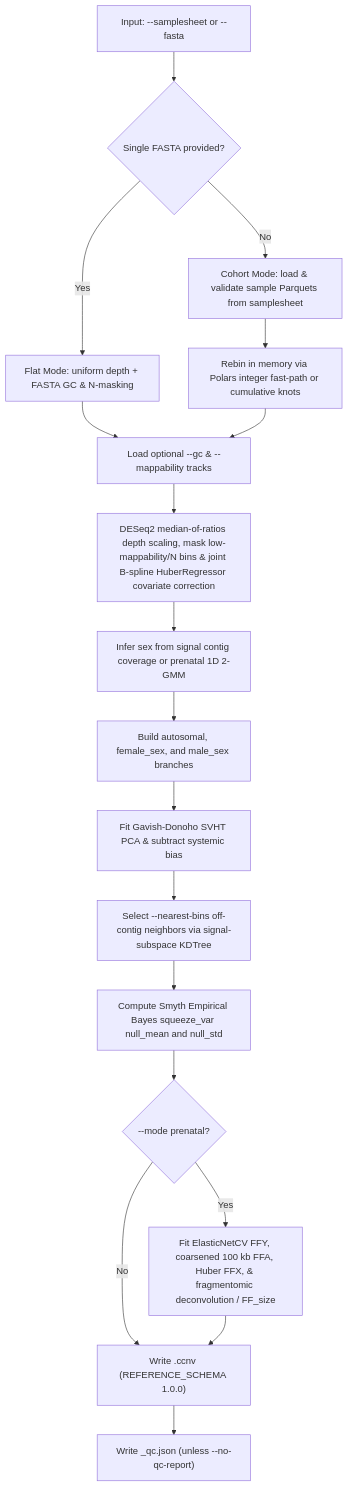
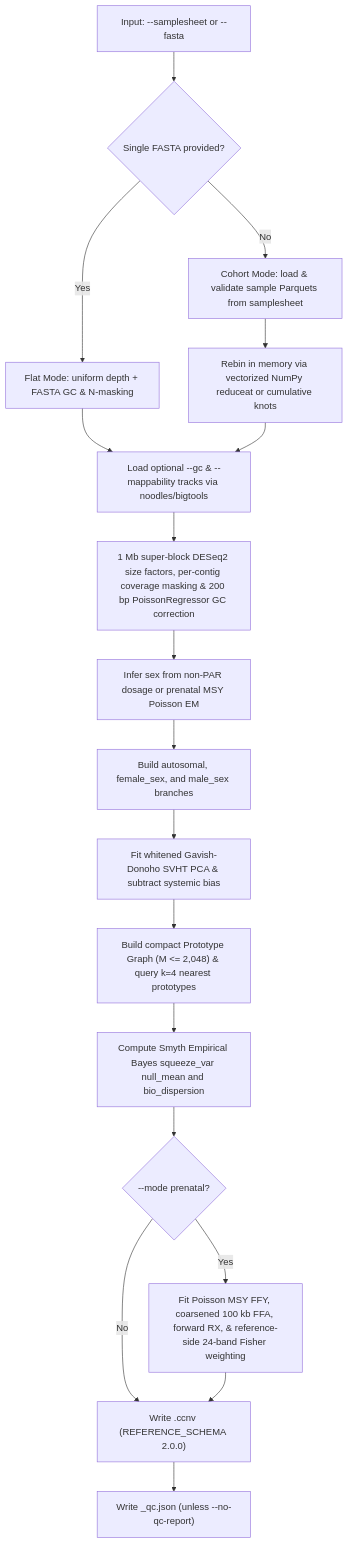
The third of 4 diagrams in docs/pipeline.md (matthdsm/ccnv), drawn with Mermaid before and after one commit. The commit also changed other lines of this file and 123 other files, not shown here.

First line of the commit message:
feat: upgrade ccnv to Schema v2.0.0 with Rust I/O core and redesigned statistical/prenatal pipeline (#24)

````diff
--- a/docs/pipeline.md
+++ b/docs/pipeline.md
@@ -56,20 +57,20 @@
 ```mermaid
 flowchart TD
     InputArg["Input: --samplesheet or --fasta"] --> ModeDecision{"Single FASTA provided?"}
     ModeDecision -- Yes --> FlatMode["Flat Mode: uniform depth + FASTA GC & N-masking"]
     ModeDecision -- No --> CohortMode["Cohort Mode: load & validate sample Parquets from samplesheet"]
-    CohortMode --> RebinCheck["Rebin in memory via Polars integer fast-path or cumulative knots"]
-    FlatMode --> CovTrack["Load optional --gc & --mappability tracks"]
+    CohortMode --> RebinCheck["Rebin in memory via vectorized NumPy reduceat or cumulative knots"]
+    FlatMode --> CovTrack["Load optional --gc & --mappability tracks via noodles/bigtools"]
     RebinCheck --> CovTrack
-    CovTrack --> DepthNorm["DESeq2 median-of-ratios depth scaling, mask low-mappability/N bins & joint B-spline HuberRegressor covariate correction"]
-    DepthNorm --> SexInference["Infer sex from signal contig coverage or prenatal 1D 2-GMM"]
+    CovTrack --> DepthNorm["1 Mb super-block DESeq2 size factors, per-contig coverage masking & 200 bp PoissonRegressor GC correction"]
+    DepthNorm --> SexInference["Infer sex from non-PAR dosage or prenatal MSY Poisson EM"]
     SexInference --> BranchPartition["Build autosomal, female_sex, and male_sex branches"]
-    BranchPartition --> FitPCA["Fit Gavish-Donoho SVHT PCA & subtract systemic bias"]
-    FitPCA --> FitNearest["Select --nearest-bins off-contig neighbors via signal-subspace KDTree"]
-    FitNearest --> FitNull["Compute Smyth Empirical Bayes squeeze_var null_mean and null_std"]
+    BranchPartition --> FitPCA["Fit whitened Gavish-Donoho SVHT PCA & subtract systemic bias"]
+    FitPCA --> FitPrototypes["Build compact Prototype Graph (M <= 2,048) & query k=4 nearest prototypes"]
+    FitPrototypes --> FitNull["Compute Smyth Empirical Bayes squeeze_var null_mean and bio_dispersion"]
     FitNull --> PrenatalCheck{"--mode prenatal?"}
-    PrenatalCheck -- Yes --> FitPrenatal["Fit ElasticNetCV FFY, coarsened 100 kb FFA, Huber FFX, & fragmentomic deconvolution / FF_size"]
-    PrenatalCheck -- No --> WriteRef["Write <prefix>.ccnv (REFERENCE_SCHEMA 1.0.0)"]
+    PrenatalCheck -- Yes --> FitPrenatal["Fit Poisson MSY FFY, coarsened 100 kb FFA, forward RX, & reference-side 24-band Fisher weighting"]
+    PrenatalCheck -- No --> WriteRef["Write <prefix>.ccnv (REFERENCE_SCHEMA 2.0.0)"]
     FitPrenatal --> WriteRef
     WriteRef --> WriteQC["Write <prefix>_qc.json (unless --no-qc-report)"]
 ```
````
